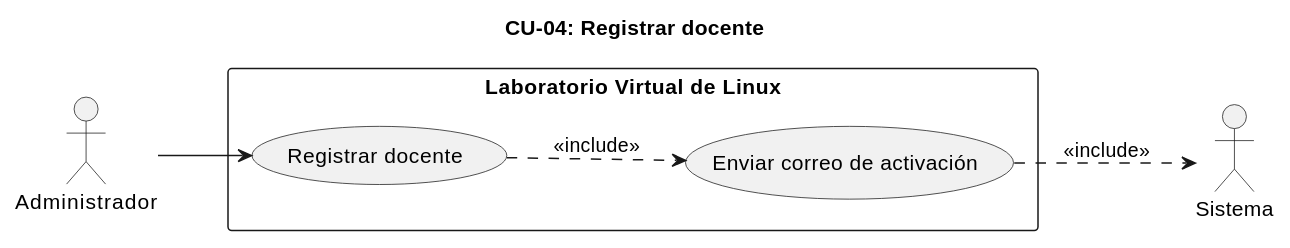
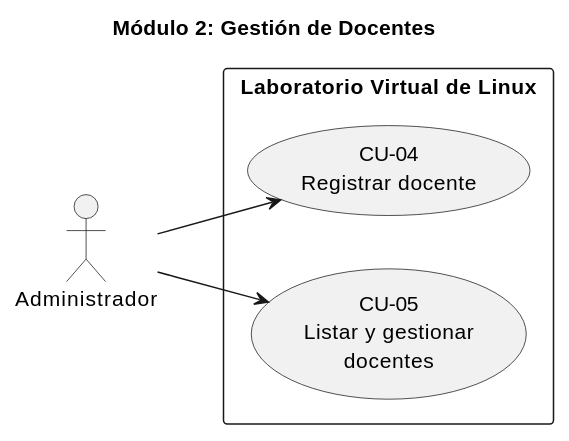
Before and after one commit to LinuxLab-UFPS/LinuxLab: the fifth of 35 diagrams in docs/annexes/cu-especificacion.md, drawn with PlantUML. The commit also changed other lines of this file and 1 other file, not shown here.

Commit message:
feat: add detailed use case specifications and diagrams for modules 1 to 8

````diff
--- a/docs/annexes/cu-especificacion.md
+++ b/docs/annexes/cu-especificacion.md
@@ -382,20 +346,18 @@
 ```plantuml
 @startuml
 left to right direction
 
-title CU-04: Registrar docente
+title Módulo 2: Gestión de Docentes
 
 rectangle "Laboratorio Virtual de Linux" {
-  usecase "Registrar docente" as UC04
-  usecase "Enviar correo de activación" as UC04a
+  usecase "CU-04\nRegistrar docente" as M2UC04
+  usecase "CU-05\nListar y gestionar\ndocentes" as M2UC05
 }
 
 actor "Administrador" as Admin
-actor "Sistema" as Sys
 
-Admin --> UC04
-UC04 ..> UC04a : <<include>>
-UC04a ..> Sys : <<include>>
+Admin --> M2UC04
+Admin --> M2UC05
 
 @enduml
 ```
````
